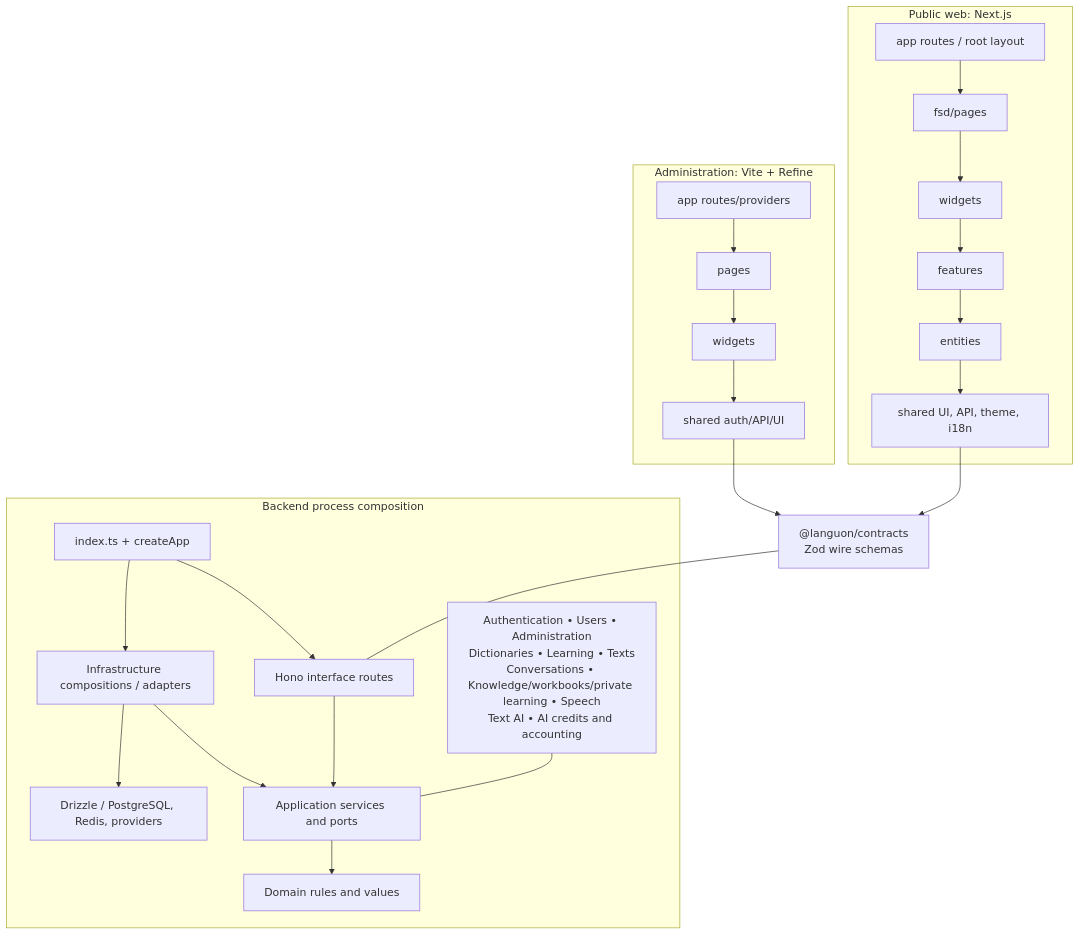
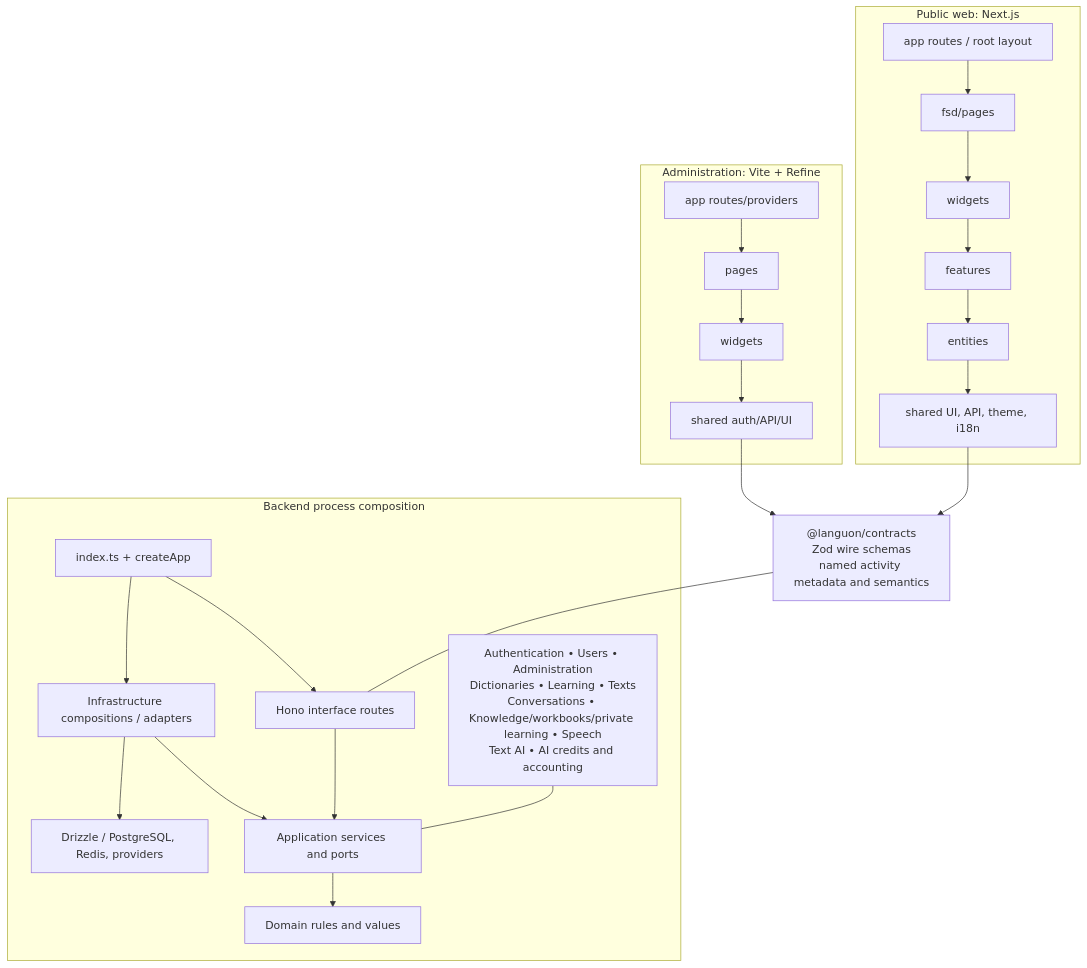
Before and after one commit to nickotov/languon-platform: the diagram in docs/diagrams/module-boundaries.md, drawn with Mermaid. The commit also changed other lines of this file and 15 other files, not shown here.

Commit message:
Synchronize named exercise architecture documentation and diagrams

````diff
--- a/docs/diagrams/module-boundaries.md
+++ b/docs/diagrams/module-boundaries.md
@@ -42,24 +49,25 @@
 ```mermaid
 flowchart TB
     subgraph Web["Public web: Next.js"]
         Routes["app routes / root layout"] --> Pages["fsd/pages"] --> Widgets["widgets"] --> Features["features"] --> Entities["entities"] --> Shared["shared UI, API, theme, i18n"]
     end
     subgraph Admin["Administration: Vite + Refine"]
         AdminApp["app routes/providers"] --> AdminPages["pages"] --> AdminWidgets["widgets"] --> AdminShared["shared auth/API/UI"]
     end
     Shared --> Contracts["@languon/contracts
-Zod wire schemas"]
+Zod wire schemas
+named activity metadata and semantics"]
     AdminShared --> Contracts
     subgraph Backend["Backend process composition"]
         Root["index.ts + createApp"] --> HTTP["Hono interface routes"]
         Root --> Infra["Infrastructure compositions / adapters"]
         HTTP --> App["Application services and ports"] --> Domain["Domain rules and values"]
         Infra --> App
         Infra --> DB["Drizzle / PostgreSQL, Redis, providers"]
         Modules["Authentication • Users • Administration
 Dictionaries • Learning • Texts
 Conversations • Knowledge/workbooks/private learning • Speech
 Text AI • AI credits and accounting"] --- App
     end
     Contracts --- HTTP
 ```
````
